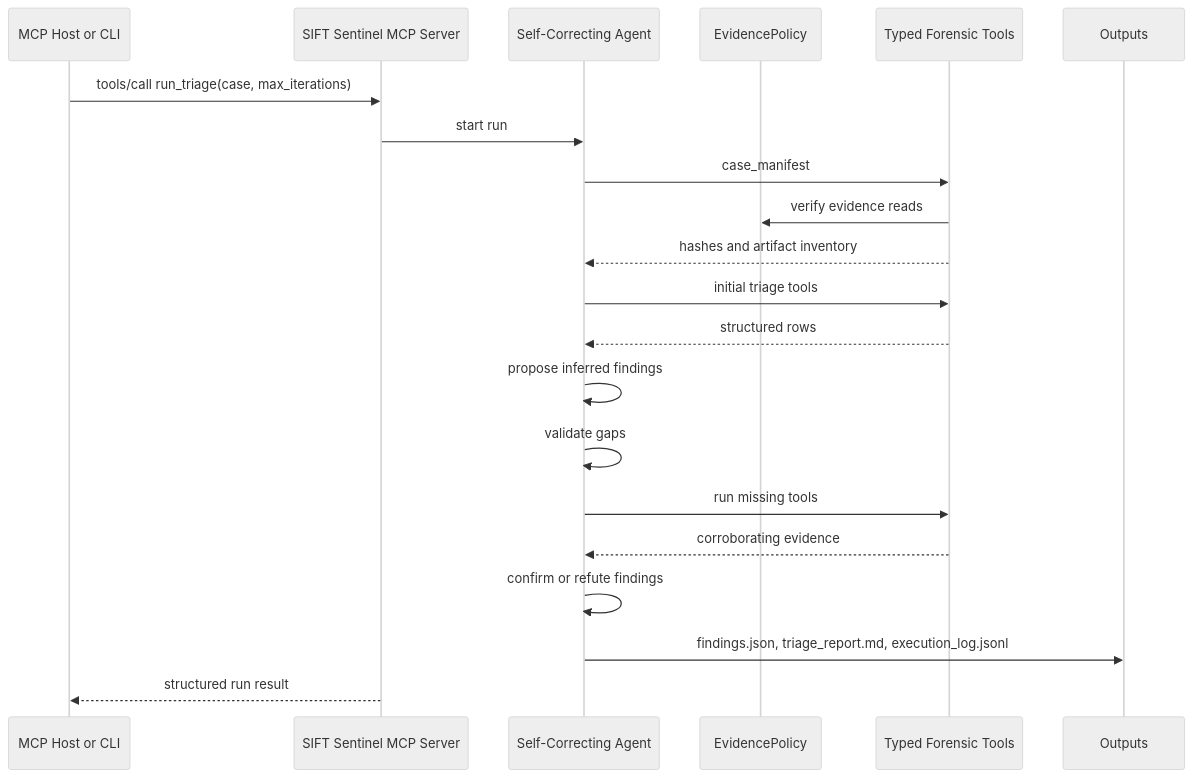
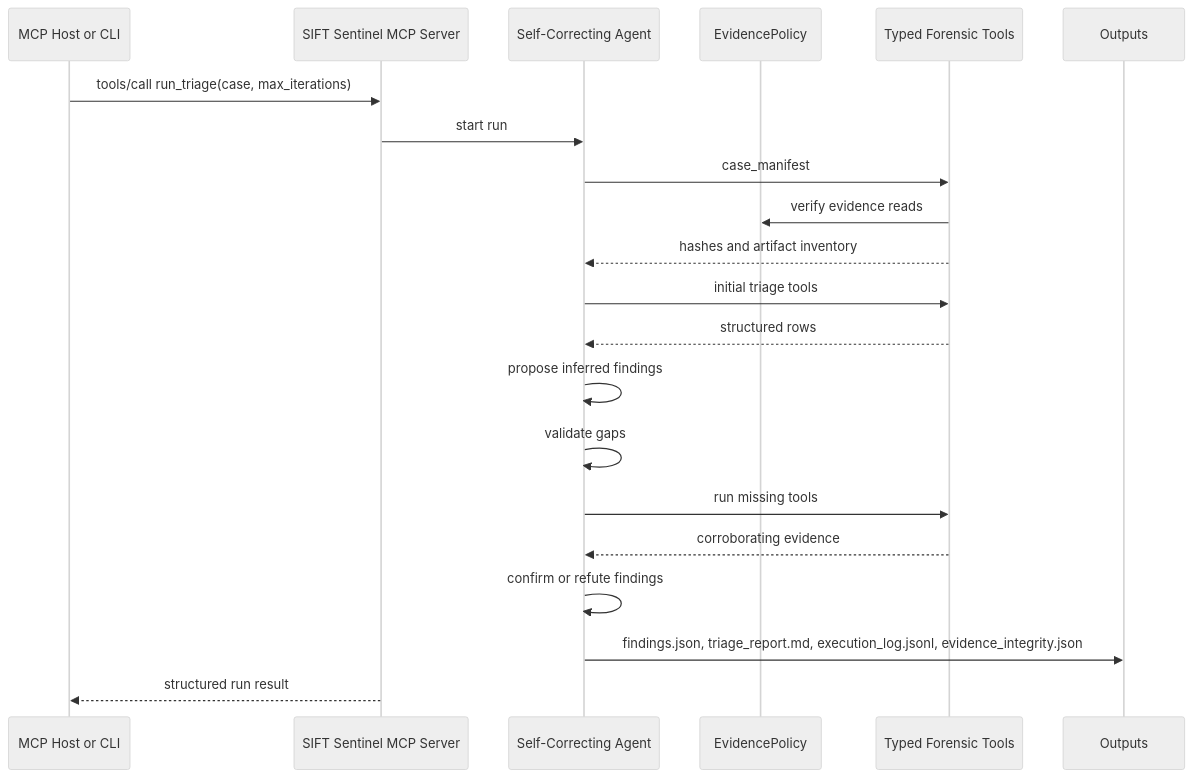
One commit to vandit98/sift-sentinel changed the diagram in docs/ARCHITECTURE.md. Above: the diagram before and after it, drawn with Mermaid (neutral theme). The commit also changed other lines of this file and 36 other files, not shown here.

Commit message:
Harden evidence integrity and SIFT contracts

````diff
--- a/docs/ARCHITECTURE.md
+++ b/docs/ARCHITECTURE.md
@@ -33,24 +35,24 @@
 ```mermaid
 sequenceDiagram
     participant Host as MCP Host or CLI
     participant MCP as SIFT Sentinel MCP Server
     participant Agent as Self-Correcting Agent
     participant Policy as EvidencePolicy
     participant Tools as Typed Forensic Tools
     participant Out as Outputs
 
     Host->>MCP: tools/call run_triage(case, max_iterations)
     MCP->>Agent: start run
     Agent->>Tools: case_manifest
     Tools->>Policy: verify evidence reads
     Tools-->>Agent: hashes and artifact inventory
     Agent->>Tools: initial triage tools
     Tools-->>Agent: structured rows
     Agent->>Agent: propose inferred findings
     Agent->>Agent: validate gaps
     Agent->>Tools: run missing tools
     Tools-->>Agent: corroborating evidence
     Agent->>Agent: confirm or refute findings
-    Agent->>Out: findings.json, triage_report.md, execution_log.jsonl
+    Agent->>Out: findings.json, triage_report.md, execution_log.jsonl, evidence_integrity.json
     MCP-->>Host: structured run result
 ```
````
